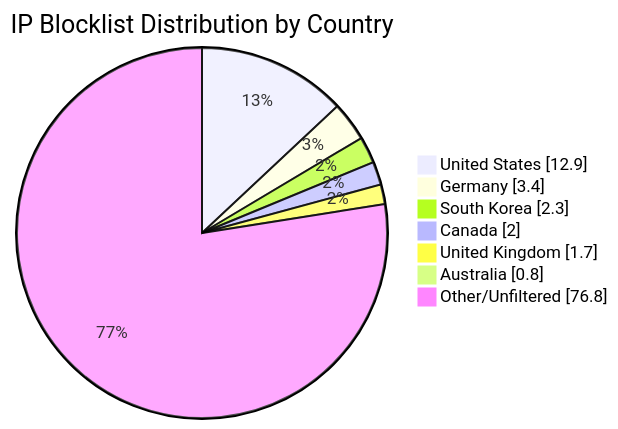
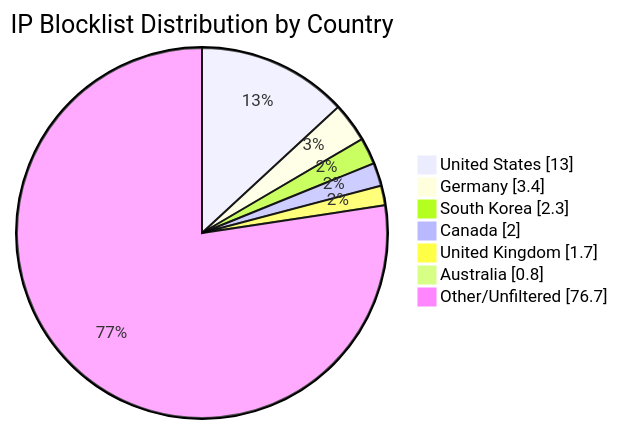
The diagram in README.md (MarcusHoltz/ipblocklist-geofiltered-aggregator), drawn with Mermaid before and after one commit. The commit also changed other lines of this file and 9 other files, not shown here.

````diff
--- a/README.md
+++ b/README.md
@@ -34,10 +34,10 @@
 ```mermaid
 pie showData title IP Blocklist Distribution by Country
-"United States" : 12.9
+"United States" : 13.0
 "Germany" : 3.4
 "South Korea" : 2.3
 "Canada" : 2.0
 "United Kingdom" : 1.7
 "Australia" : 0.8
-"Other/Unfiltered" : 76.8
+"Other/Unfiltered" : 76.7
 ```
````
